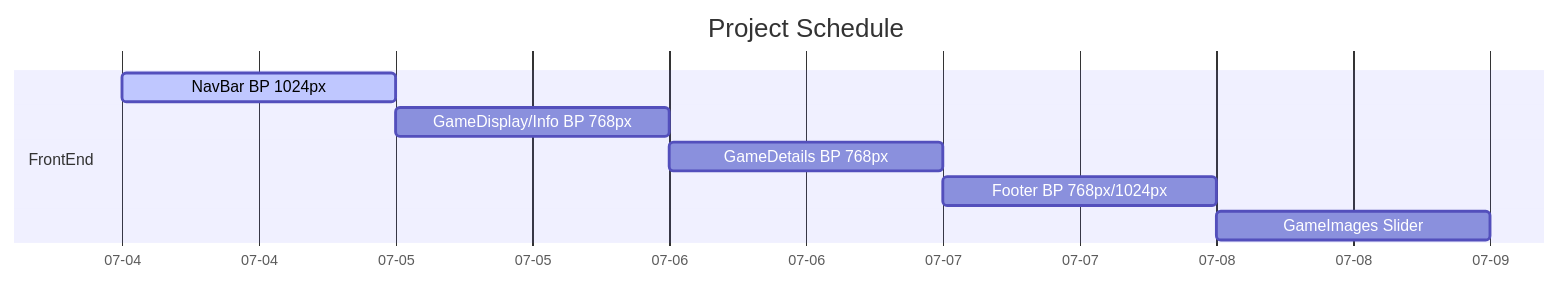
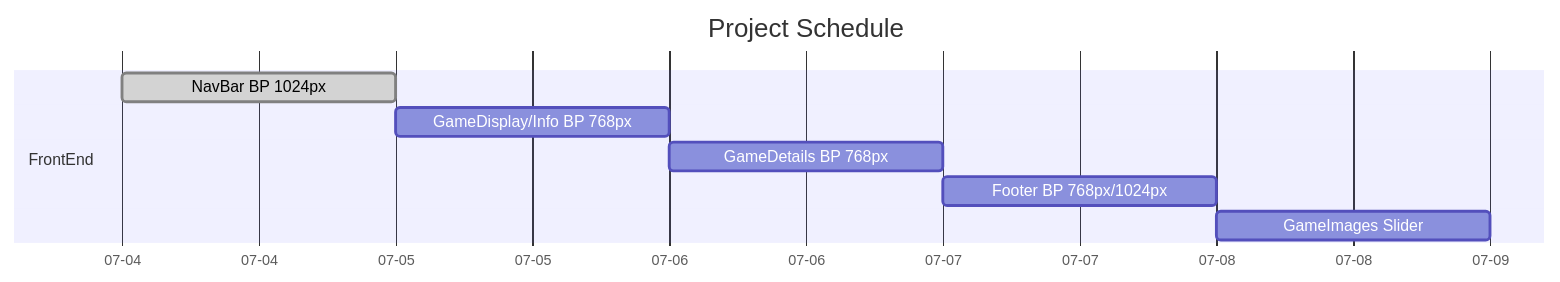
Before and after one commit to RafaelM011/Nintendo_Website: the diagram in README.md, drawn with Mermaid. The commit also changed other lines of this file and 3 other files, not shown here.

````diff
--- a/README.md
+++ b/README.md
@@ -12,12 +12,12 @@
 ```mermaid
     gantt
         title Project Schedule
         dateFormat MM-DD
         axisFormat %m-%d
         section FrontEnd
-            NavBar BP 1024px                :active, 07-04, 1d
+            NavBar BP 1024px                :done, 07-04, 1d
             GameDisplay/Info BP 768px       : 07-05, 1d
             GameDetails BP 768px            : 07-06, 1d
             Footer BP 768px/1024px          : 07-07, 1d
             GameImages Slider               : 07-08, 1d
 ```
````
